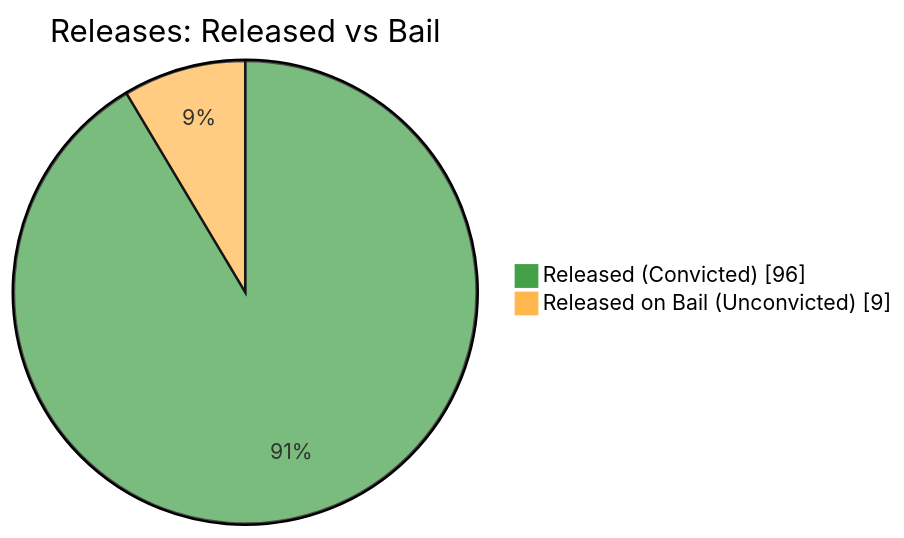
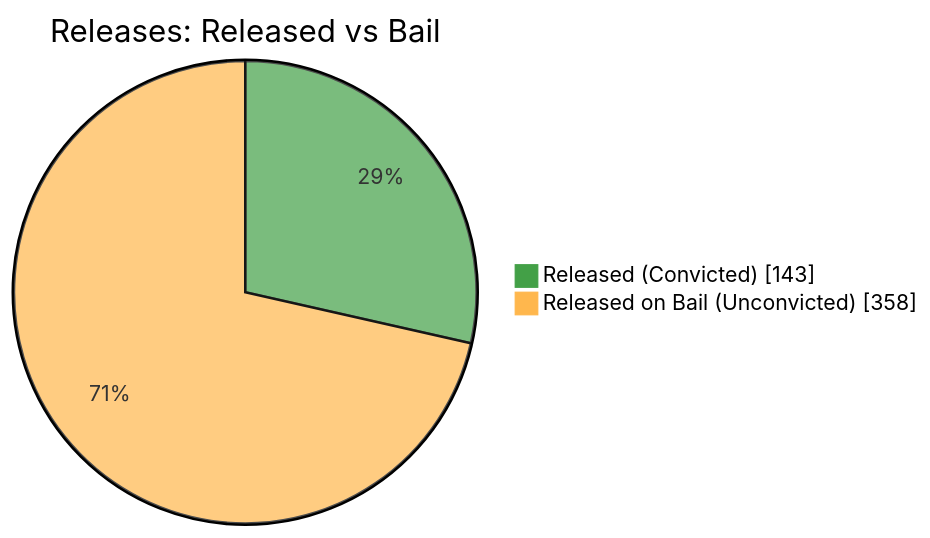
Before and after one commit to nuuuwan/lk_prisons: the fifth of 7 diagrams in README.md, drawn with Mermaid. The commit also changed other lines of this file and 1 other file, not shown here.

````diff
--- a/README.md
+++ b/README.md
@@ -87,6 +87,6 @@
 ```mermaid
 %%{init: {'themeVariables': {'pie1': '#43A047', 'pie2': '#FFB74D'}}}%%
 pie showData title Releases: Released vs Bail
-    "Released (Convicted)" : 96
-    "Released on Bail (Unconvicted)" : 9
+    "Released (Convicted)" : 143
+    "Released on Bail (Unconvicted)" : 358
 ```
````
